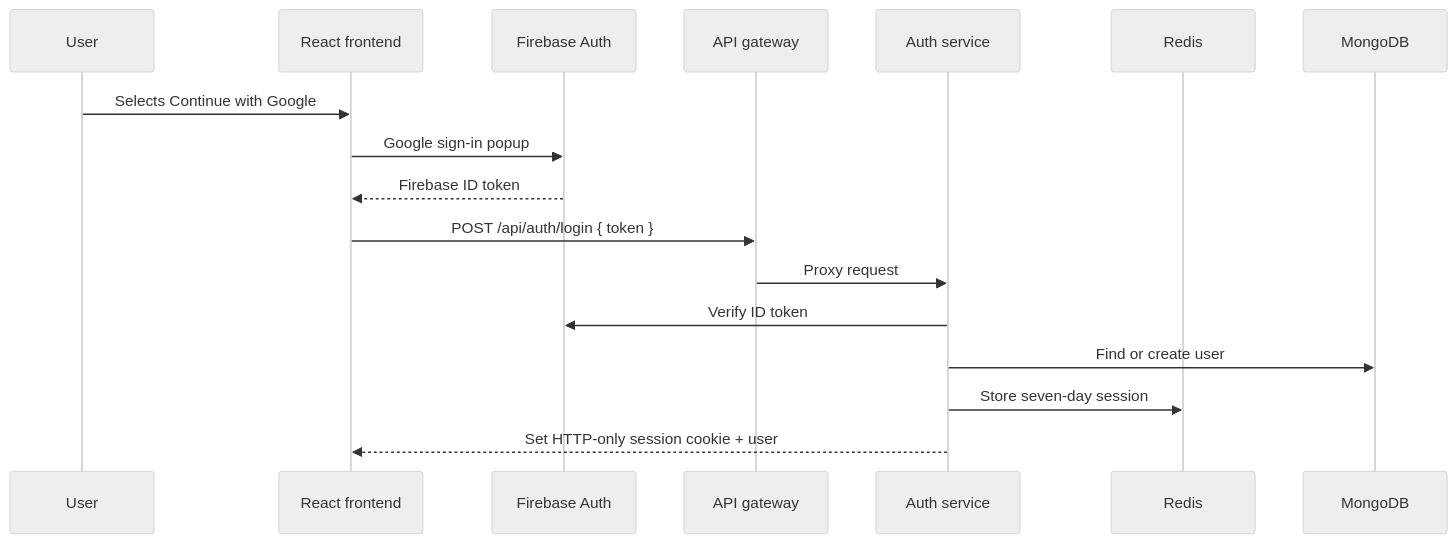
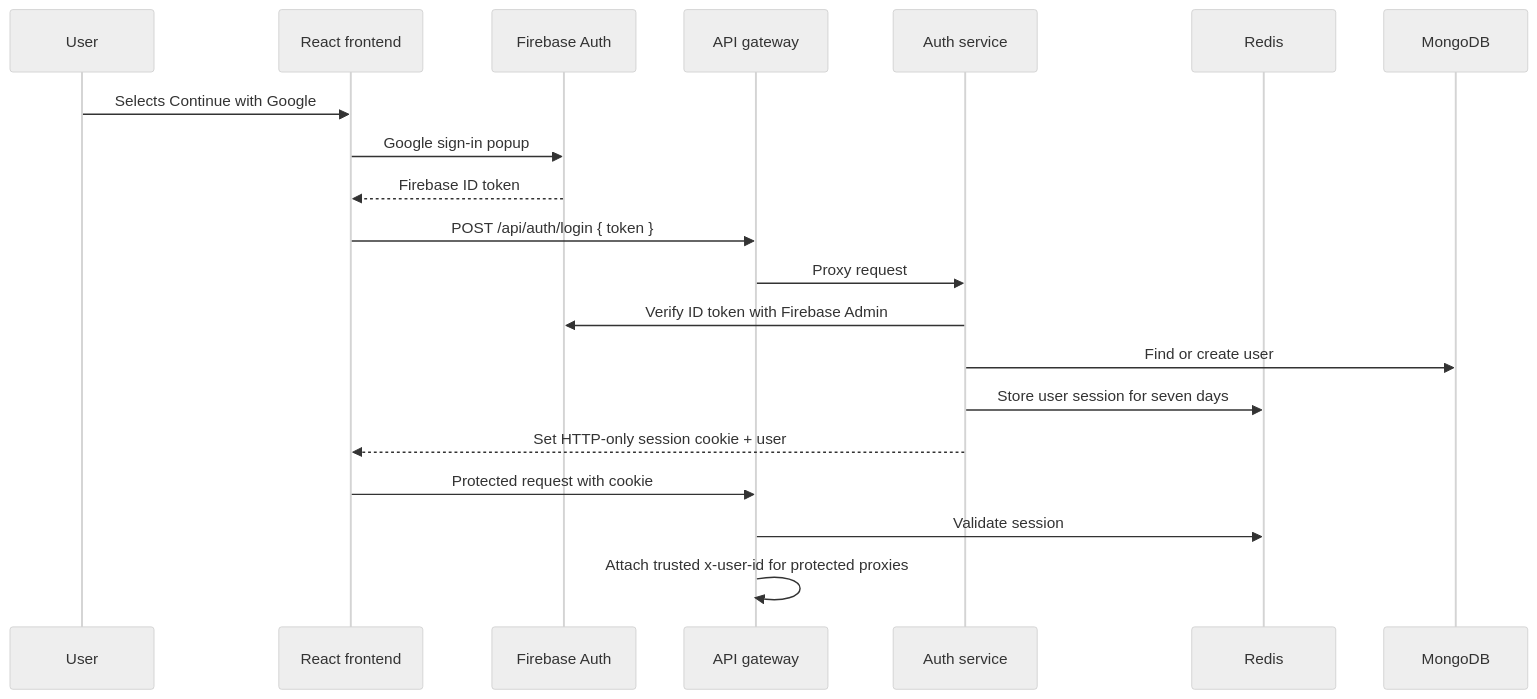
One commit to gauravgautam2003/alpha-AI changed the second of 4 diagrams in SYSTEM_DESIGN.md. Above: the diagram before and after it, drawn with Mermaid (neutral theme). The commit also changed other lines of this file and 1 other file, not shown here.

Commit message:
fix correct syntax in docker-compose.yml for Redis service port mapping

````diff
--- a/SYSTEM_DESIGN.md
+++ b/SYSTEM_DESIGN.md
@@ -39,20 +66,23 @@
 ```mermaid
 sequenceDiagram
     participant User
     participant Web as React frontend
     participant Firebase as Firebase Auth
     participant Gateway as API gateway
     participant Auth as Auth service
     participant Redis
     participant Mongo as MongoDB
 
     User->>Web: Selects Continue with Google
     Web->>Firebase: Google sign-in popup
     Firebase-->>Web: Firebase ID token
     Web->>Gateway: POST /api/auth/login { token }
     Gateway->>Auth: Proxy request
-    Auth->>Firebase: Verify ID token
+    Auth->>Firebase: Verify ID token with Firebase Admin
     Auth->>Mongo: Find or create user
-    Auth->>Redis: Store seven-day session
+    Auth->>Redis: Store user session for seven days
     Auth-->>Web: Set HTTP-only session cookie + user
+    Web->>Gateway: Protected request with cookie
+    Gateway->>Redis: Validate session
+    Gateway->>Gateway: Attach trusted x-user-id for protected proxies
 ```
````
